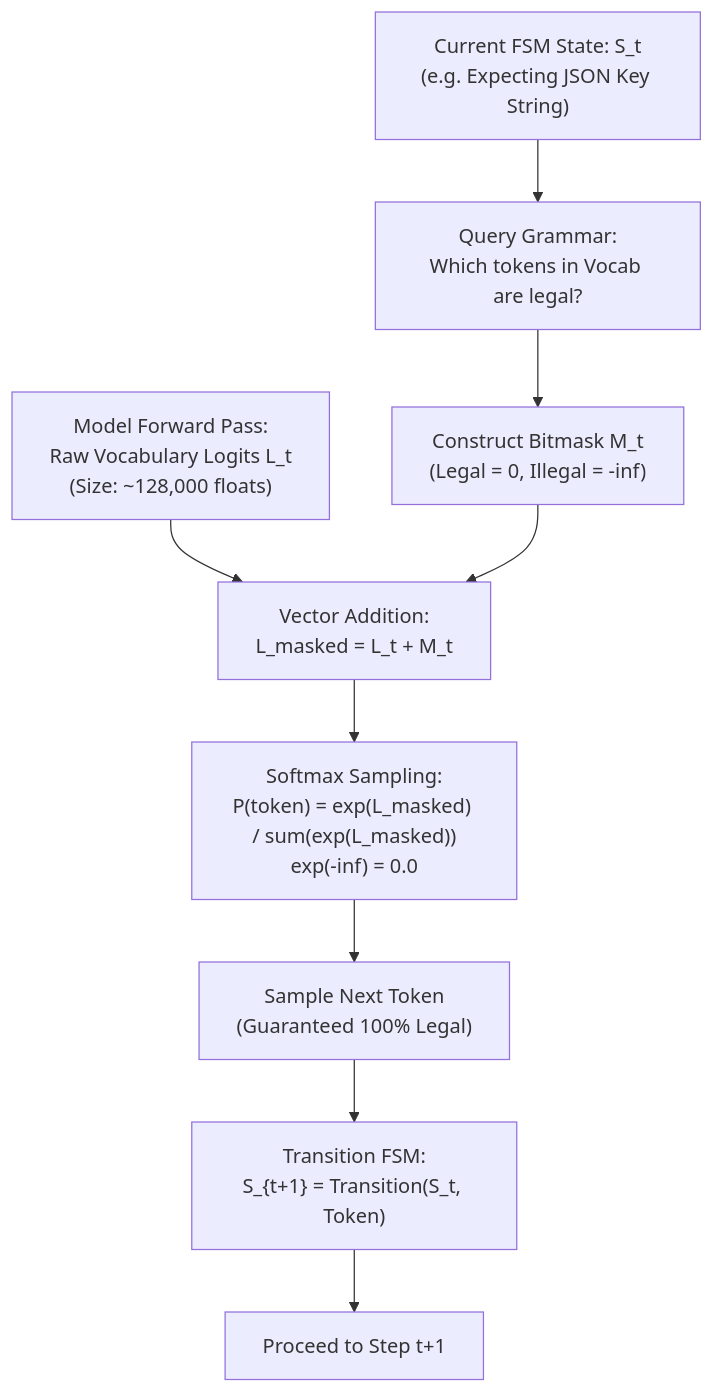
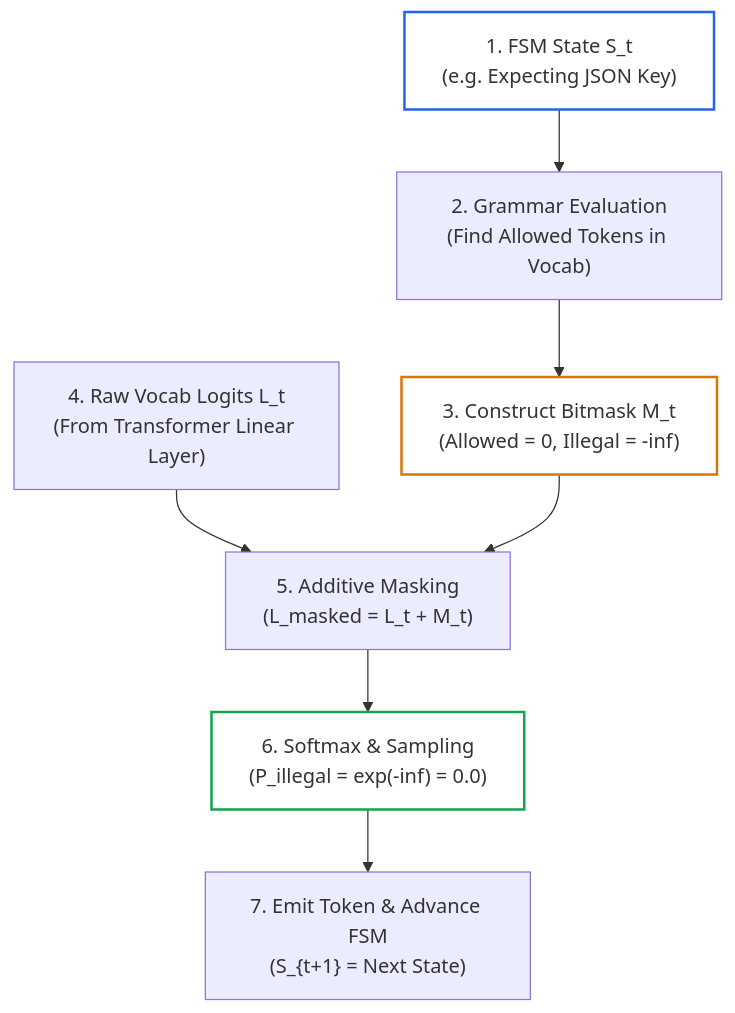
Before and after one commit to dip4k/senior-engineer-to-ai-engineer-roadmap: the diagram in 01-prompt-and-context-engineering/04-constrained-decoding-and-schema-fsm.md, drawn with Mermaid. The commit also changed other lines of this file and 49 other files, not shown here.

````diff
--- a/01-prompt-and-context-engineering/04-constrained-decoding-and-schema-fsm.md
+++ b/01-prompt-and-context-engineering/04-constrained-decoding-and-schema-fsm.md
@@ -70,13 +97,13 @@
 ```mermaid
 flowchart TD
-    State["Current FSM State: S_t<br>(e.g. Expecting JSON Key String)"] --> Query["Query Grammar:<br>Which tokens in Vocab are legal?"]
-    Query --> Mask["Construct Bitmask M_t<br>(Legal = 0, Illegal = -inf)"]
-    
-    Logits["Model Forward Pass:<br>Raw Vocabulary Logits L_t<br>(Size: ~128,000 floats)"] --> Add["Vector Addition:<br>L_masked = L_t + M_t"]
+    State["1. FSM State S_t<br>(e.g. Expecting JSON Key)"] --> Query["2. Grammar Evaluation<br>(Find Allowed Tokens in Vocab)"]
+    Query --> Mask["3. Construct Bitmask M_t<br>(Allowed = 0, Illegal = -inf)"]
+    Logits["4. Raw Vocab Logits L_t<br>(From Transformer Linear Layer)"] --> Add["5. Additive Masking<br>(L_masked = L_t + M_t)"]
     Mask --> Add
-    
-    Add --> Softmax["Softmax Sampling:<br>P(token) = exp(L_masked) / sum(exp(L_masked))<br>exp(-inf) = 0.0"]
-    Softmax --> Token["Sample Next Token<br>(Guaranteed 100% Legal)"]
-    Token --> Transition["Transition FSM:<br>S_{t+1} = Transition(S_t, Token)"]
-    Transition --> Next["Proceed to Step t+1"]
+    Add --> Softmax["6. Softmax & Sampling<br>(P_illegal = exp(-inf) = 0.0)"]
+    Softmax --> Emit["7. Emit Token & Advance FSM<br>(S_{t+1} = Next State)"]
+
+    style State fill:none,stroke:#2563eb,stroke-width:2px
+    style Mask fill:none,stroke:#d97706,stroke-width:2px
+    style Softmax fill:none,stroke:#16a34a,stroke-width:2px
 ```
````
